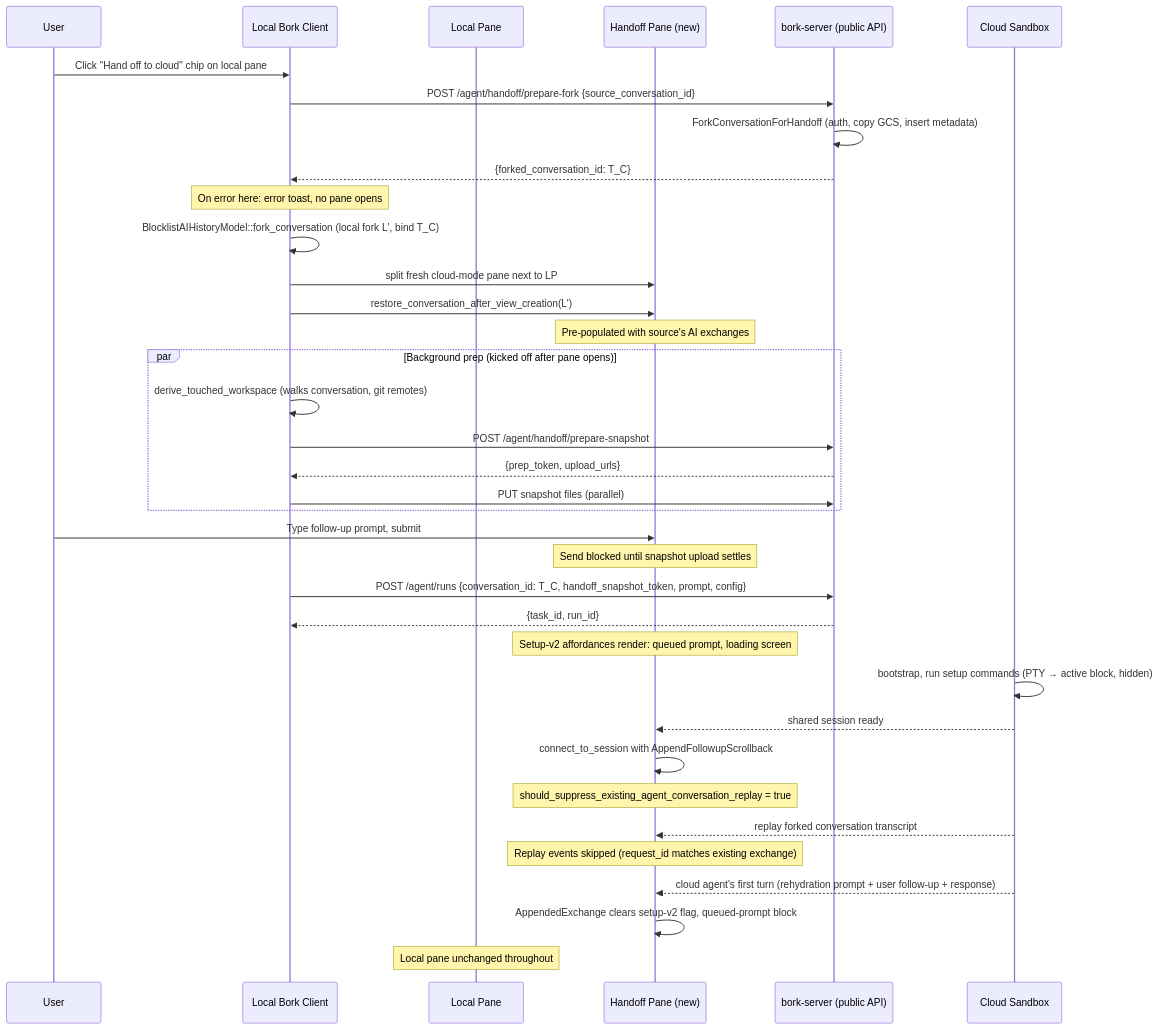
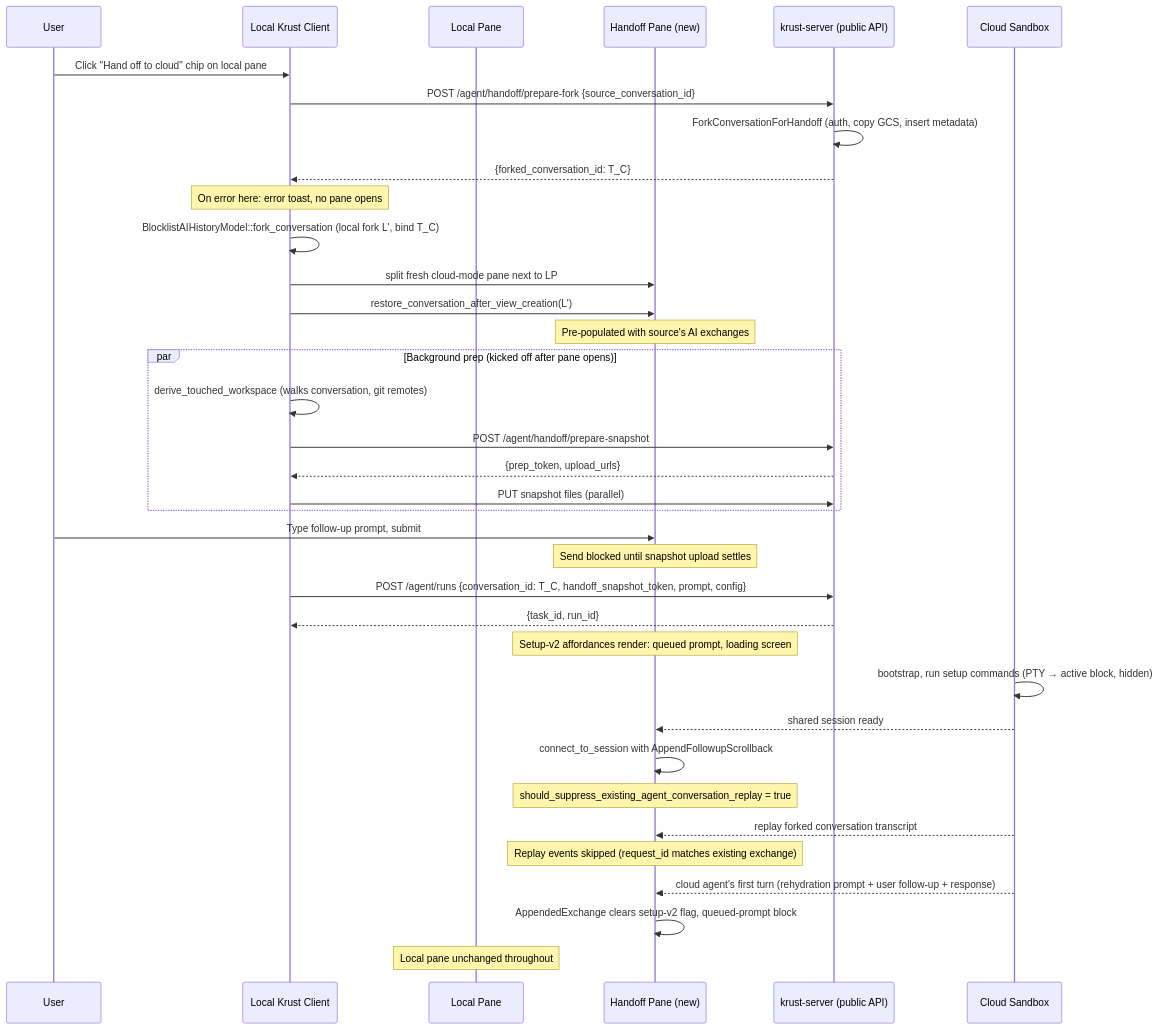
One commit to antikrust/krust-terminal changed the diagram in specs/REMOTE-1519/TECH.md. Above: the diagram before and after it, drawn with Mermaid. The commit also changed other lines of this file and 4480 other files, not shown here.

First line of the commit message:
Rebrand Bork -> Krust

````diff
--- a/specs/REMOTE-1519/TECH.md
+++ b/specs/REMOTE-1519/TECH.md
@@ -14,38 +14,38 @@
 ```mermaid
 sequenceDiagram
     participant U as User
-    participant C as Local Bork Client
+    participant C as Local Krust Client
     participant LP as Local Pane
     participant HP as Handoff Pane (new)
-    participant API as bork-server (public API)
+    participant API as krust-server (public API)
     participant Sand as Cloud Sandbox
     U->>C: Click "Hand off to cloud" chip on local pane
     C->>API: POST /agent/handoff/prepare-fork {source_conversation_id}
     API->>API: ForkConversationForHandoff (auth, copy GCS, insert metadata)
     API-->>C: {forked_conversation_id: T_C}
     Note over C: On error here: error toast, no pane opens
     C->>C: BlocklistAIHistoryModel::fork_conversation (local fork L', bind T_C)
     C->>HP: split fresh cloud-mode pane next to LP
     C->>HP: restore_conversation_after_view_creation(L')
     Note over HP: Pre-populated with source's AI exchanges
     par Background prep (kicked off after pane opens)
         C->>C: derive_touched_workspace (walks conversation, git remotes)
         C->>API: POST /agent/handoff/prepare-snapshot
         API-->>C: {prep_token, upload_urls}
         C->>API: PUT snapshot files (parallel)
     end
     U->>HP: Type follow-up prompt, submit
     Note over HP: Send blocked until snapshot upload settles
     C->>API: POST /agent/runs {conversation_id: T_C, handoff_snapshot_token, prompt, config}
     API-->>C: {task_id, run_id}
     Note over HP: Setup-v2 affordances render: queued prompt, loading screen
     Sand->>Sand: bootstrap, run setup commands (PTY → active block, hidden)
     Sand-->>HP: shared session ready
     HP->>HP: connect_to_session with AppendFollowupScrollback
     Note over HP: should_suppress_existing_agent_conversation_replay = true
     Sand-->>HP: replay forked conversation transcript
     Note over HP: Replay events skipped (request_id matches existing exchange)
     Sand-->>HP: cloud agent's first turn (rehydration prompt + user follow-up + response)
     HP->>HP: AppendedExchange clears setup-v2 flag, queued-prompt block
     Note over LP: Local pane unchanged throughout
 ```
````
